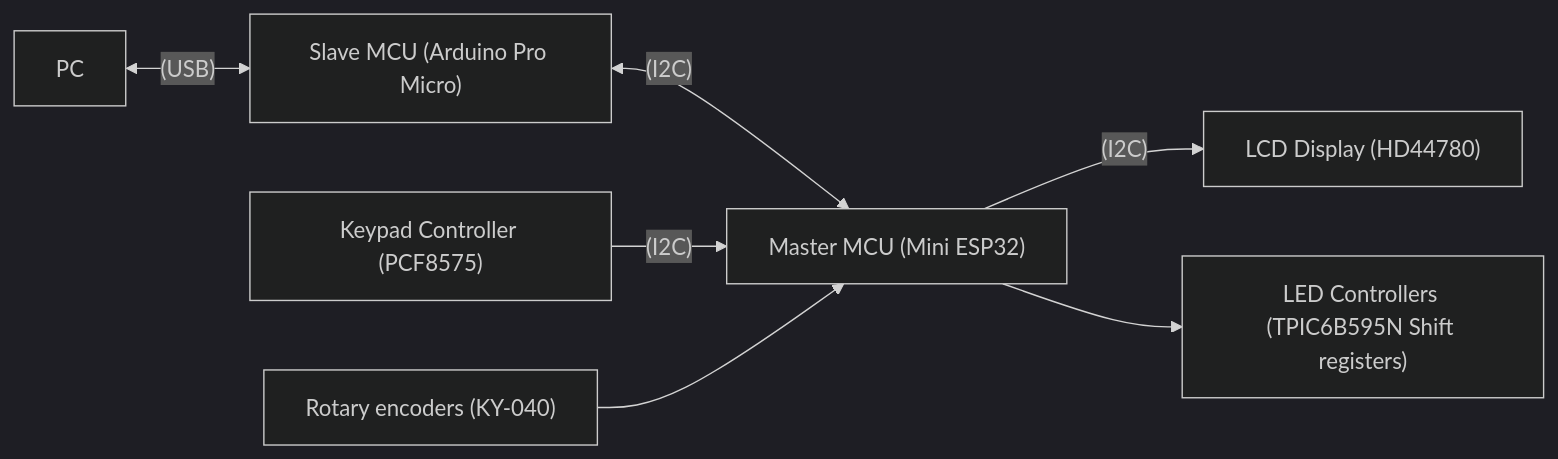
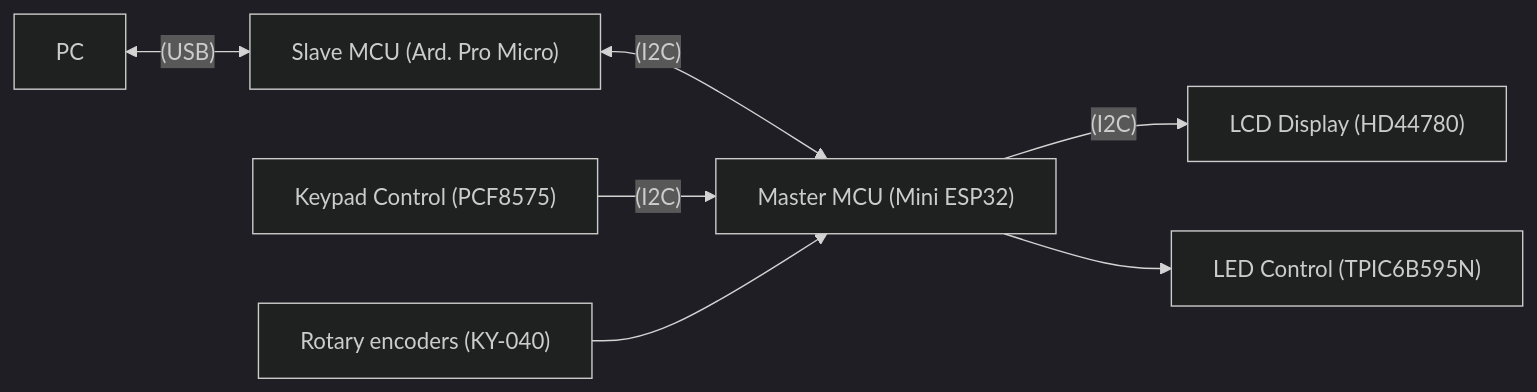
Before and after one commit to Gummy35/EDControlPanel: the diagram in README.md, drawn with Mermaid (dark theme).

````diff
--- a/README.md
+++ b/README.md
@@ -36,9 +36,15 @@
 ```mermaid
 flowchart LR;
-    PC <-- (USB) --> SlaveMCU["Slave MCU (Arduino Pro Micro)"];
-    SlaveMCU <-- (I2C) --> MasterMCU["Master MCU (Mini ESP32)"];
-    KeypadController["Keypad Controller (PCF8575)"] -- (I2C) --> MasterMCU;
-    MasterMCU -- (I2C) --> LCDDisplay["LCD Display (HD44780)"];
-    RotaryEncoders["Rotary encoders (KY-040)"] --> MasterMCU;
-    MasterMCU --> LedControllers["LED Controllers (TPIC6B595N Shift registers)"];
+    SlaveMCU["Slave MCU (Ard. Pro Micro)"]
+    MasterMCU["Master MCU (Mini ESP32)"];
+    KeypadController["Keypad Control (PCF8575)"];
+    LCDDisplay["LCD Display (HD44780)"];
+    RotaryEncoders["Rotary encoders (KY-040)"];
+    LedControllers["LED Control (TPIC6B595N)"];
+    PC <-- (USB) --> SlaveMCU;
+    SlaveMCU <-- (I2C) --> MasterMCU;
+    KeypadController -- (I2C) --> MasterMCU;
+    MasterMCU -- (I2C) --> LCDDisplay;
+    RotaryEncoders --> MasterMCU;
+    MasterMCU --> LedControllers;
 ```
````
